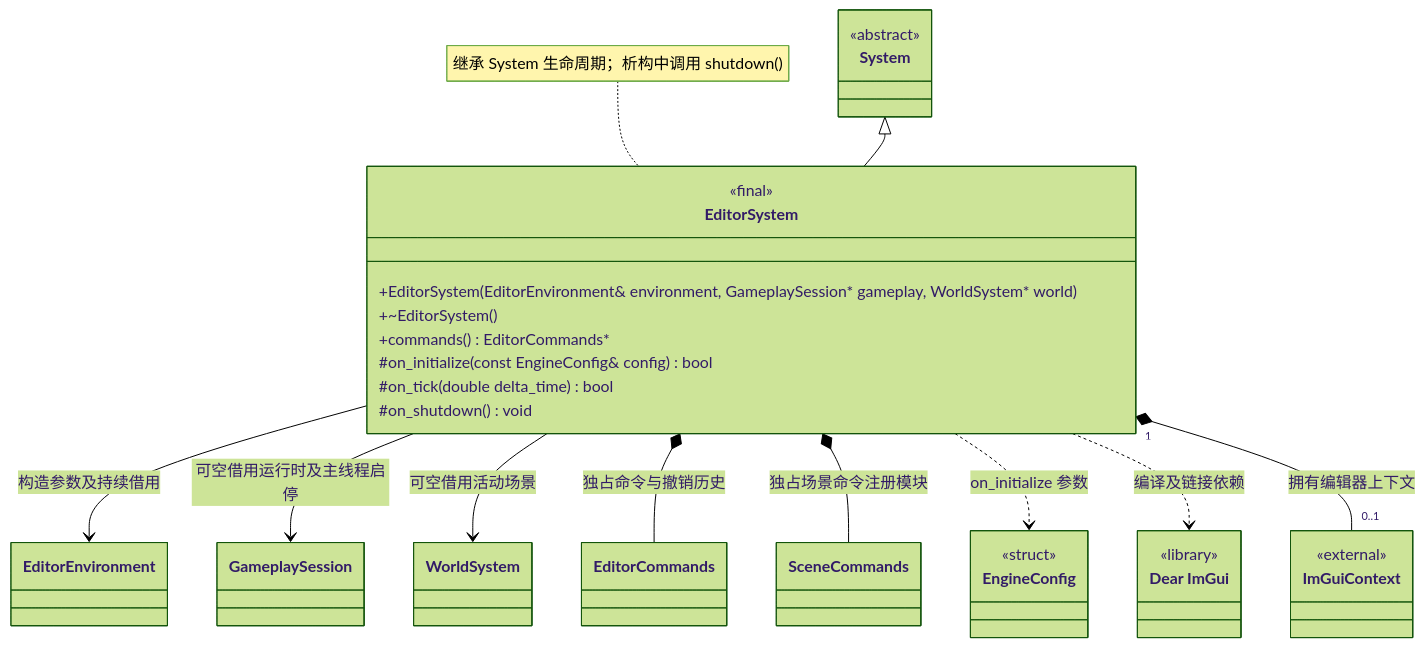
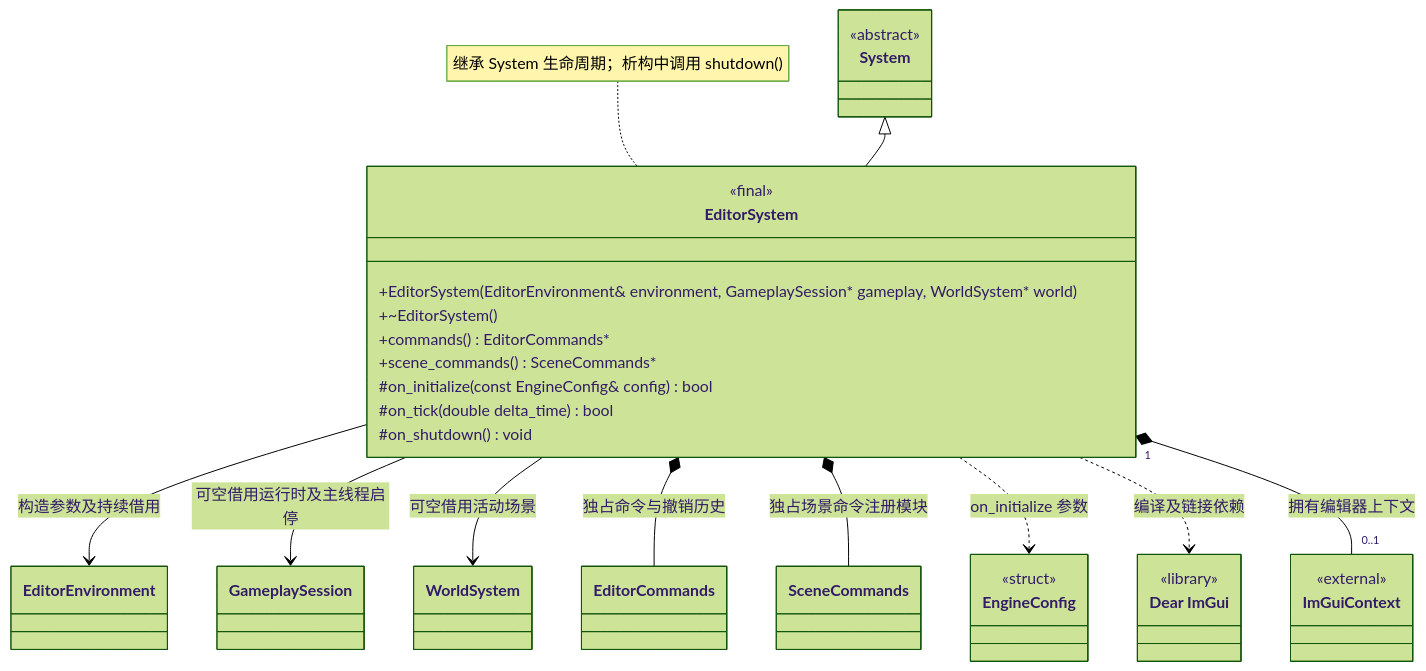
One commit to lcals/Engine changed the diagram in docs/editor/class-diagrams/editor-system.md. Above: the diagram before and after it, drawn with Mermaid (forest theme). The commit also changed other lines of this file and 213 other files, not shown here.

````diff
--- a/docs/editor/class-diagrams/editor-system.md
+++ b/docs/editor/class-diagrams/editor-system.md
@@ -7,40 +7,41 @@
 ```mermaid
 classDiagram
     direction TB
     class EditorSystem {
         <<final>>
         +EditorSystem(EditorEnvironment& environment, GameplaySession#42; gameplay, WorldSystem#42; world)
         +~EditorSystem()
         +commands() EditorCommands#42;
+        +scene_commands() SceneCommands#42;
         #on_initialize(const EngineConfig& config) bool
         #on_tick(double delta_time) bool
         #on_shutdown() void
     }
     class System {
         <<abstract>>
     }
     class EngineConfig {
         <<struct>>
     }
     class EditorEnvironment
     class GameplaySession
     class WorldSystem
     class EditorCommands
     class SceneCommands
     class DearImGui["Dear ImGui"] {
         <<library>>
     }
     class ImGuiContext {
         <<external>>
     }
     System <|-- EditorSystem
     EditorSystem --> EditorEnvironment : 构造参数及持续借用
     EditorSystem --> GameplaySession : 可空借用运行时及主线程启停
     EditorSystem --> WorldSystem : 可空借用活动场景
     EditorSystem *-- EditorCommands : 独占命令与撤销历史
     EditorSystem *-- SceneCommands : 独占场景命令注册模块
     EditorSystem ..> EngineConfig : on_initialize 参数
     EditorSystem ..> DearImGui : 编译及链接依赖
     EditorSystem "1" *-- "0..1" ImGuiContext : 拥有编辑器上下文
     note for EditorSystem "继承 System 生命周期；析构中调用 shutdown()"
 ```
````
